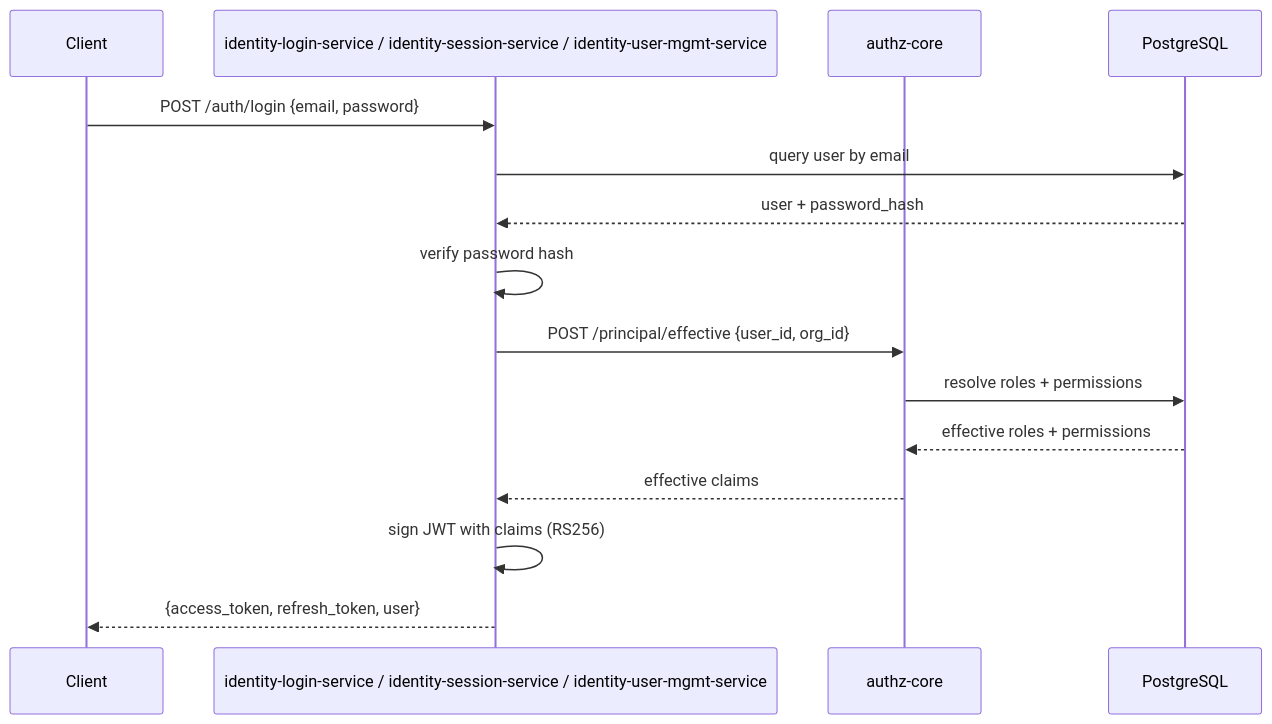
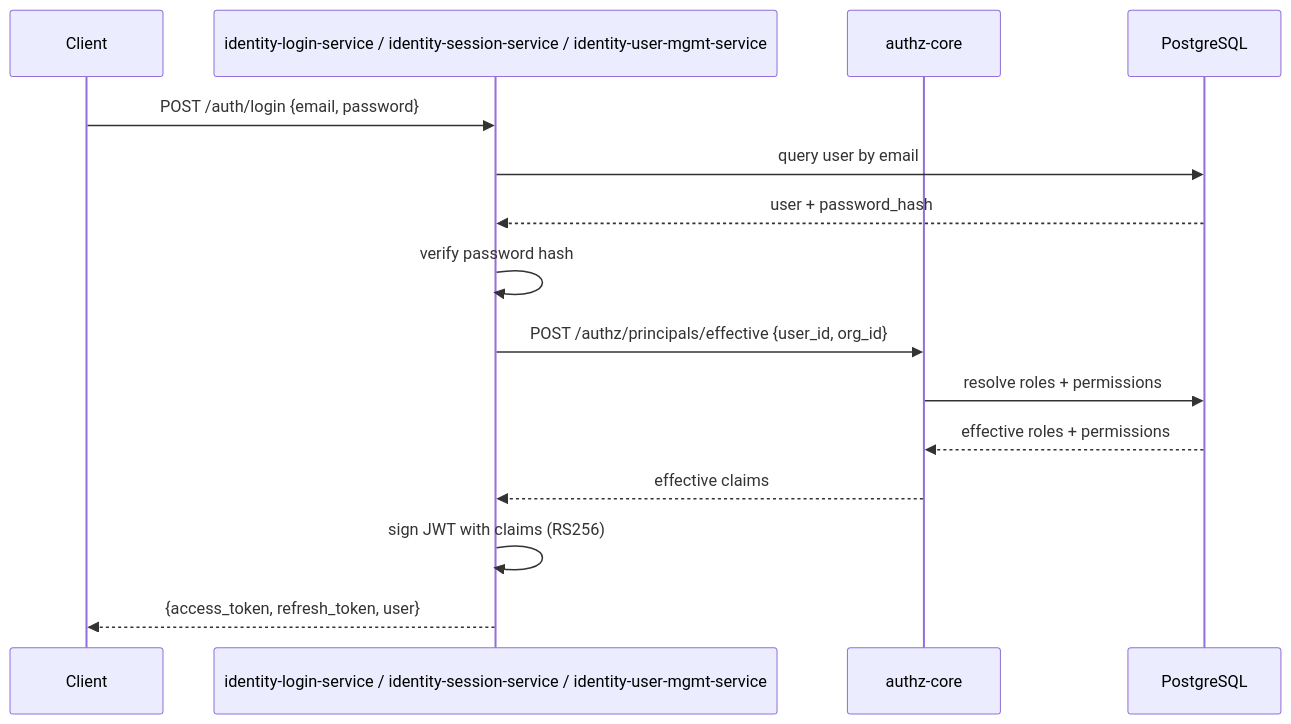
One commit to microscaler/sesame-idam changed the second of 6 diagrams in docs/service-topology-design.md. Above: the diagram before and after it, drawn with Mermaid. The commit also changed other lines of this file and 23 other files, not shown here.

````diff
--- a/docs/service-topology-design.md
+++ b/docs/service-topology-design.md
@@ -91,18 +91,18 @@
 ```mermaid
 sequenceDiagram
     participant Client as Client
     participant IA as identity-login-service / identity-session-service / identity-user-mgmt-service
     participant AC as authz-core
     participant PG as PostgreSQL
 
     Client->>IA: POST /auth/login {email, password}
     IA->>PG: query user by email
     PG-->>IA: user + password_hash
     IA->>IA: verify password hash
-    IA->>AC: POST /principal/effective {user_id, org_id}
+    IA->>AC: POST /authz/principals/effective {user_id, org_id}
     AC->>PG: resolve roles + permissions
     PG-->>AC: effective roles + permissions
     AC-->>IA: effective claims
     IA->>IA: sign JWT with claims (RS256)
     IA-->>Client: {access_token, refresh_token, user}
 ```
````
